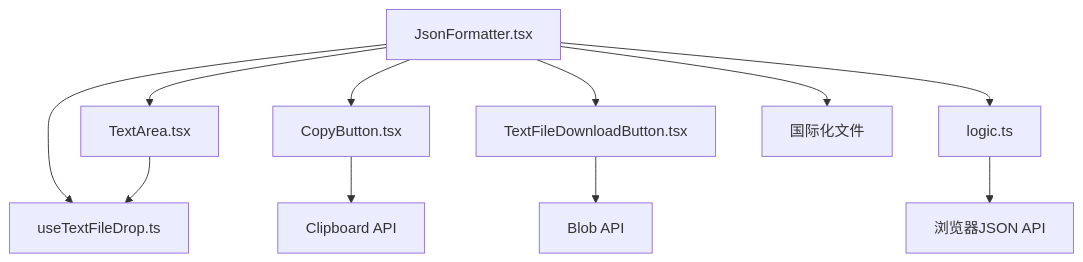
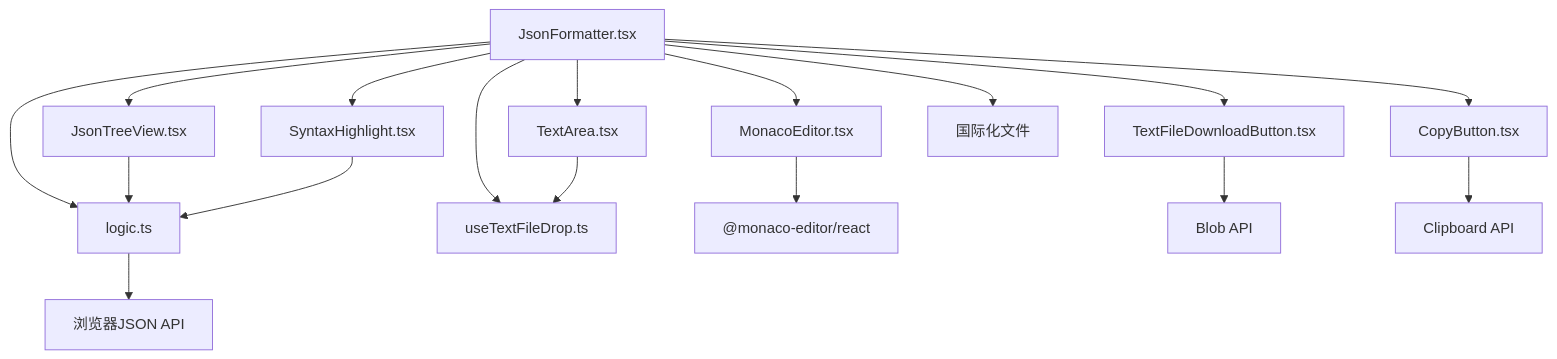
One commit to sgyy/privadeck changed the fifth of 5 diagrams in .qoder/repowiki/zh/content/开发者工具/JSON格式化工具.md. Above: the diagram before and after it, drawn with Mermaid. The commit also changed other lines of this file and 4 other files, not shown here.

````diff
--- a/.qoder/repowiki/zh/content/开发者工具/JSON格式化工具.md
+++ b/.qoder/repowiki/zh/content/开发者工具/JSON格式化工具.md
@@ -244,13 +428,19 @@
 ```mermaid
 graph TD
-JsonFormatter[JsonFormatter.tsx] --> TextArea[TextArea.tsx]
+JsonFormatter[JsonFormatter.tsx] --> MonacoEditor[MonacoEditor.tsx]
+JsonFormatter --> JsonTreeView[JsonTreeView.tsx]
+JsonFormatter --> SyntaxHighlight[SyntaxHighlight.tsx]
+JsonFormatter --> Logic[logic.ts]
+JsonFormatter --> TextArea[TextArea.tsx]
 JsonFormatter --> CopyButton[CopyButton.tsx]
 JsonFormatter --> TextFileDownloadButton[TextFileDownloadButton.tsx]
-JsonFormatter --> Logic[logic.ts]
 JsonFormatter --> useTextFileDrop[useTextFileDrop.ts]
 JsonFormatter --> Intl[国际化文件]
+MonacoEditor --> Monaco["@monaco-editor/react"]
+JsonTreeView --> Logic
+SyntaxHighlight --> Logic
 Logic --> BrowserAPI[浏览器JSON API]
 TextArea --> useTextFileDrop
 TextFileDownloadButton --> BlobAPI[Blob API]
 CopyButton --> ClipboardAPI[Clipboard API]
 ```
````
